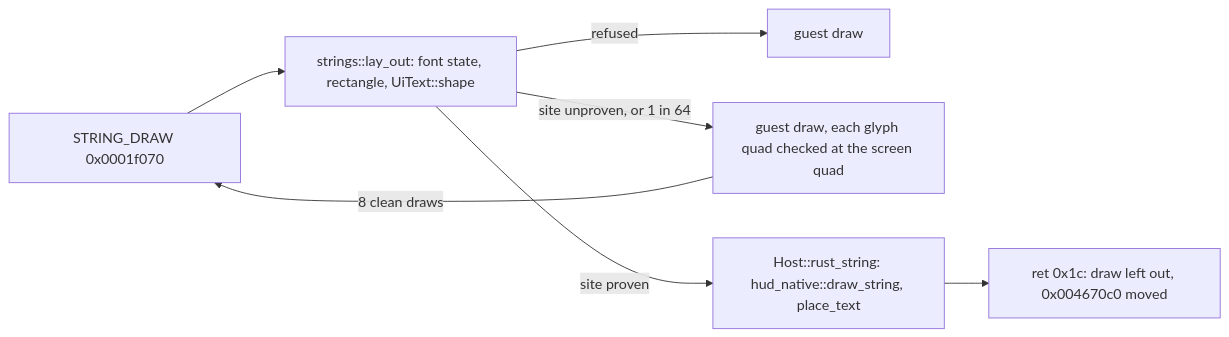
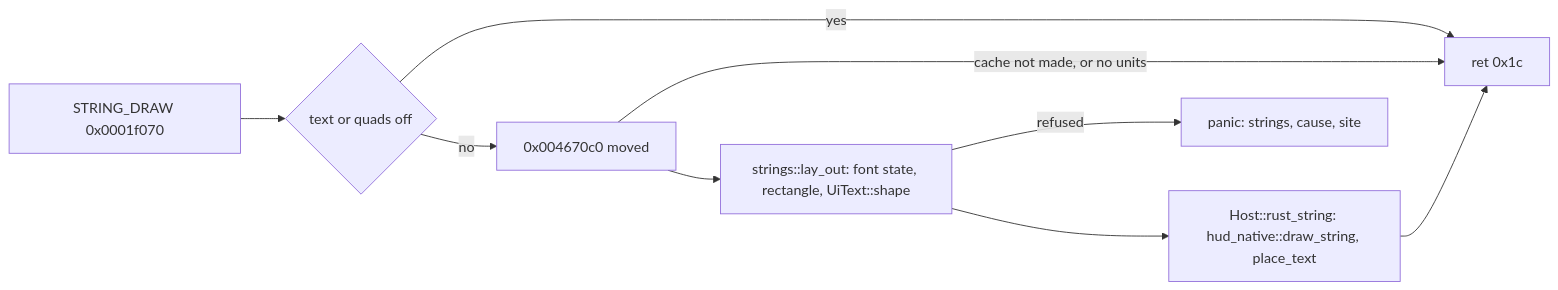
One commit to 0xdeafcafe/h2r changed the fifth of 5 diagrams in docs/graphics/native-hud-overlay.md. Above: the diagram before and after it, drawn with Mermaid. The commit also changed other lines of this file and 10 other files, not shown here.

First line of the commit message:
render-bridge: the string draw and the screen-quad batch in Rust

````diff
--- a/docs/graphics/native-hud-overlay.md
+++ b/docs/graphics/native-hud-overlay.md
@@ -290,9 +290,11 @@
 ```mermaid
 flowchart LR
-  E[STRING_DRAW 0x0001f070] --> L[strings::lay_out: font state, rectangle, UiText::shape]
-  L -->|refused| G[guest draw]
-  L -->|site unproven, or 1 in 64| S[guest draw, each glyph quad checked at the screen quad]
-  S -->|8 clean draws| E
-  L -->|site proven| R[Host::rust_string: hud_native::draw_string, place_text]
-  R --> X[ret 0x1c: draw left out, 0x004670c0 moved]
+  E[STRING_DRAW 0x0001f070] --> O{text or quads off}
+  O -->|yes| X[ret 0x1c]
+  O -->|no| C[0x004670c0 moved]
+  C -->|cache not made, or no units| X
+  C --> L[strings::lay_out: font state, rectangle, UiText::shape]
+  L -->|refused| P[panic: strings, cause, site]
+  L --> R[Host::rust_string: hud_native::draw_string, place_text]
+  R --> X
 ```
````
